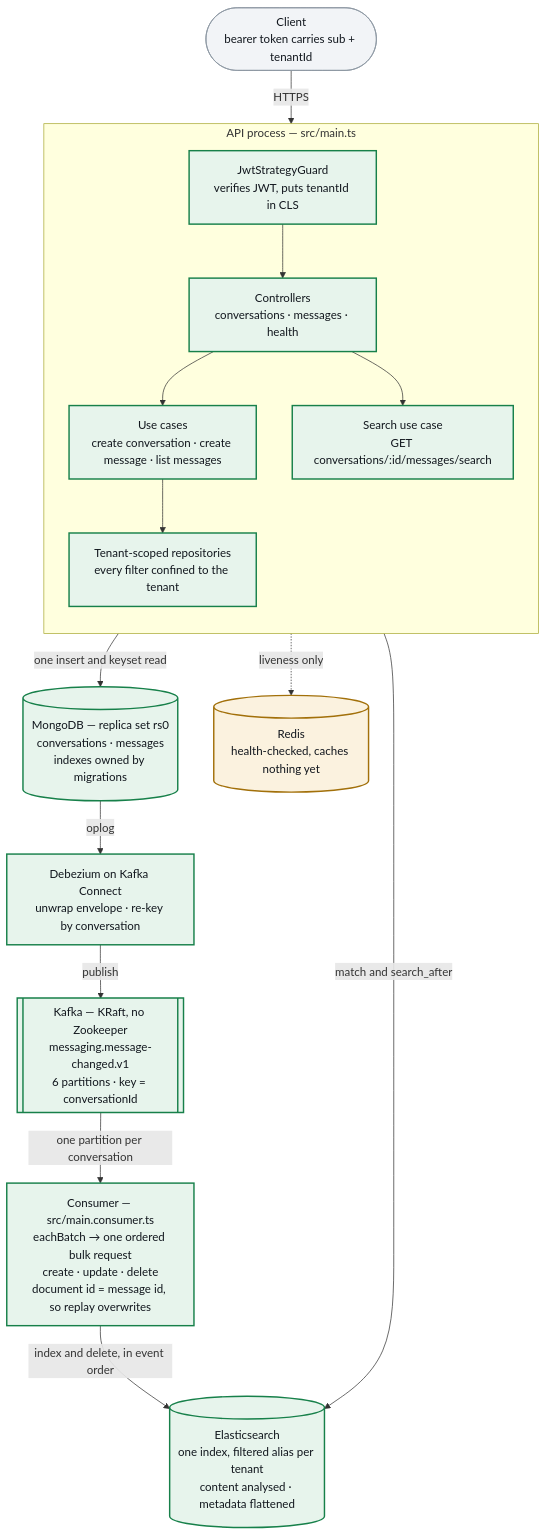
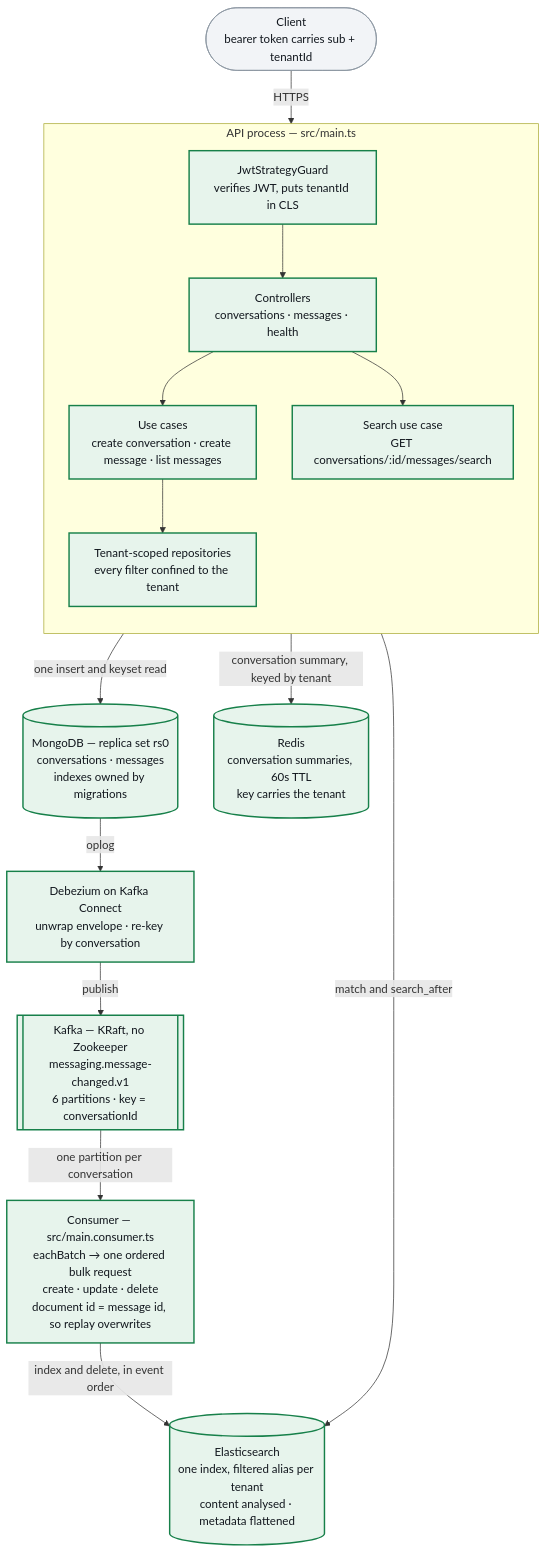
Before and after one commit to tiennguyen1203/tawkto-messaging: the diagram in docs/architecture.md, drawn with Mermaid. The commit also changed other lines of this file and 9 other files, not shown here.

Commit message:
refactor: fix CachingService with Cachable type + apply cache for conversation summary

````diff
--- a/docs/architecture.md
+++ b/docs/architecture.md
@@ -12,42 +12,42 @@
 ```mermaid
 flowchart TD
     client(["Client<br/>bearer token carries sub + tenantId"])
 
     subgraph api["API process — src/main.ts"]
         direction TB
         guard["JwtStrategyGuard<br/>verifies JWT, puts tenantId in CLS"]
         ctl["Controllers<br/>conversations · messages · health"]
         uc["Use cases<br/>create conversation · create message · list messages"]
         repo["Tenant-scoped repositories<br/>every filter confined to the tenant"]
         searchuc["Search use case<br/>GET conversations/:id/messages/search"]
     end
 
     mongo[("MongoDB — replica set rs0<br/>conversations · messages<br/>indexes owned by migrations")]
-    redis[("Redis<br/>health-checked, caches nothing yet")]
+    redis[("Redis<br/>conversation summaries, 60s TTL<br/>key carries the tenant")]
     dbz["Debezium on Kafka Connect<br/>unwrap envelope · re-key by conversation"]
     kafka[["Kafka — KRaft, no Zookeeper<br/>messaging.message-changed.v1<br/>6 partitions · key = conversationId"]]
     consumer["Consumer — src/main.consumer.ts<br/>eachBatch → one ordered bulk request<br/>create · update · delete<br/>document id = message id, so replay overwrites"]
     es[("Elasticsearch<br/>one index, filtered alias per tenant<br/>content analysed · metadata flattened")]
 
     client -->|HTTPS| guard
     guard --> ctl
     ctl --> uc
     uc --> repo
     repo -->|one insert and keyset read| mongo
-    repo -.->|liveness only| redis
+    repo -->|conversation summary, keyed by tenant| redis
     mongo -->|oplog| dbz
     dbz -->|publish| kafka
     kafka -->|one partition per conversation| consumer
     consumer -->|index and delete, in event order| es
     ctl --> searchuc
     searchuc -->|match and search_after| es
 
     classDef done fill:#e7f4ec,stroke:#17804a,stroke-width:2px,color:#11161d
     classDef wip fill:#fbf2df,stroke:#a2700a,stroke-width:2px,color:#11161d
     classDef todo fill:#fbeceb,stroke:#b23a2f,stroke-width:2px,color:#11161d
     classDef plain fill:#f2f4f7,stroke:#8b95a1,stroke-width:1px,color:#11161d
 
     class client plain
     class guard,ctl,uc,repo,mongo,dbz,kafka,consumer,es,searchuc done
-    class redis wip
+    class redis done
 ```
````
